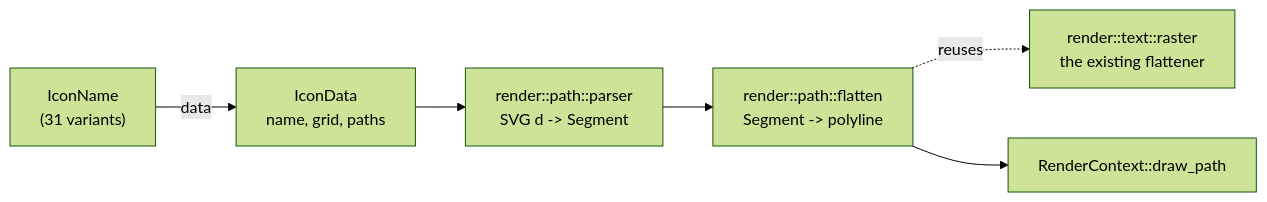
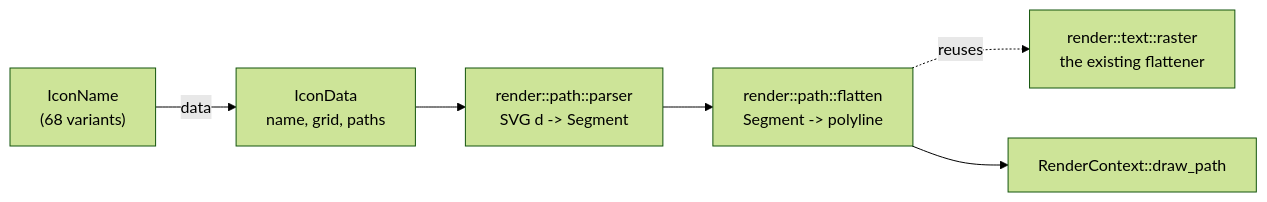
The sixth of 6 diagrams in cookbook/en/src/chapters/architecture.md (mikewolfli/rust-widgets), drawn with Mermaid (forest theme) before and after one commit. The commit also changed other lines of this file and 53 other files, not shown here.

````diff
--- a/cookbook/en/src/chapters/architecture.md
+++ b/cookbook/en/src/chapters/architecture.md
@@ -911,15 +916,15 @@
 ```mermaid
 graph LR
-    ENUM["IconName<br/>(31 variants)"]
+    ENUM["IconName<br/>(68 variants)"]
     DATA["IconData<br/>name, grid, paths"]
     PARSE["render::path::parser<br/>SVG d -> Segment"]
     FLAT["render::path::flatten<br/>Segment -> polyline"]
     RAST["render::text::raster<br/>the existing flattener"]
     FILL["RenderContext::draw_path"]
 
     ENUM -->|data| DATA
     DATA --> PARSE
     PARSE --> FLAT
     FLAT -.->|reuses| RAST
     FLAT --> FILL
 ```
````
